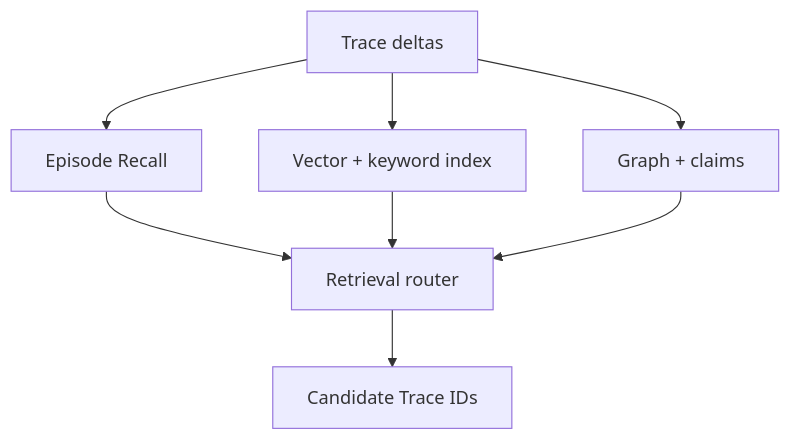
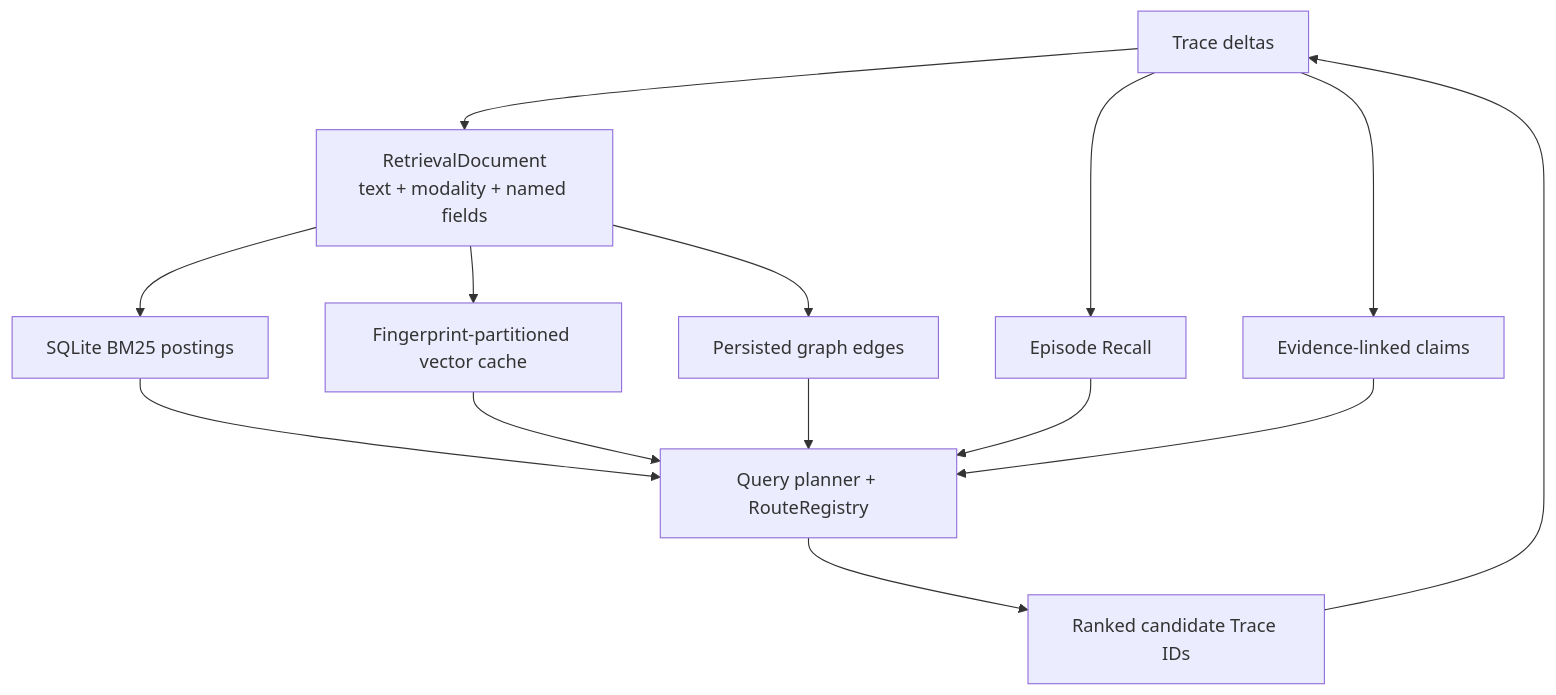
Before and after one commit to shanmukh05/trisynapse-memory: the sixth of 12 diagrams in docs/architecture.md, drawn with Mermaid. The commit also changed other lines of this file and 76 other files, not shown here.

````diff
--- a/docs/architecture.md
+++ b/docs/architecture.md
@@ -174,10 +369,16 @@
 ```mermaid
 flowchart TD
-    T["Trace deltas"] --> E["Episode Recall"]
-    T --> V["Vector + keyword index"]
-    T --> G["Graph + claims"]
-    E --> R["Retrieval router"]
+    T["Trace deltas"] --> D["RetrievalDocument\ntext + modality + named fields"]
+    T --> E["Episode Recall"]
+    T --> C["Evidence-linked claims"]
+    D --> B["SQLite BM25 postings"]
+    D --> V["Fingerprint-partitioned vector cache"]
+    D --> G["Persisted graph edges"]
+    B --> R["Query planner + RouteRegistry"]
     V --> R
     G --> R
-    R --> IDs["Candidate Trace IDs"]
+    E --> R
+    C --> R
+    R --> IDs["Ranked candidate Trace IDs"]
+    IDs --> T
 ```
````
